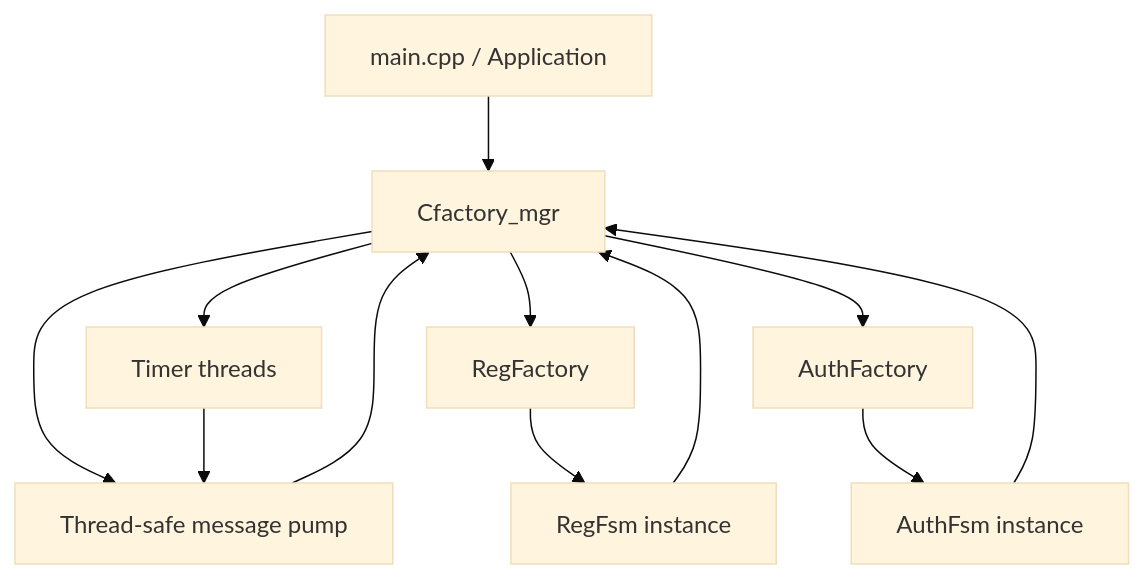
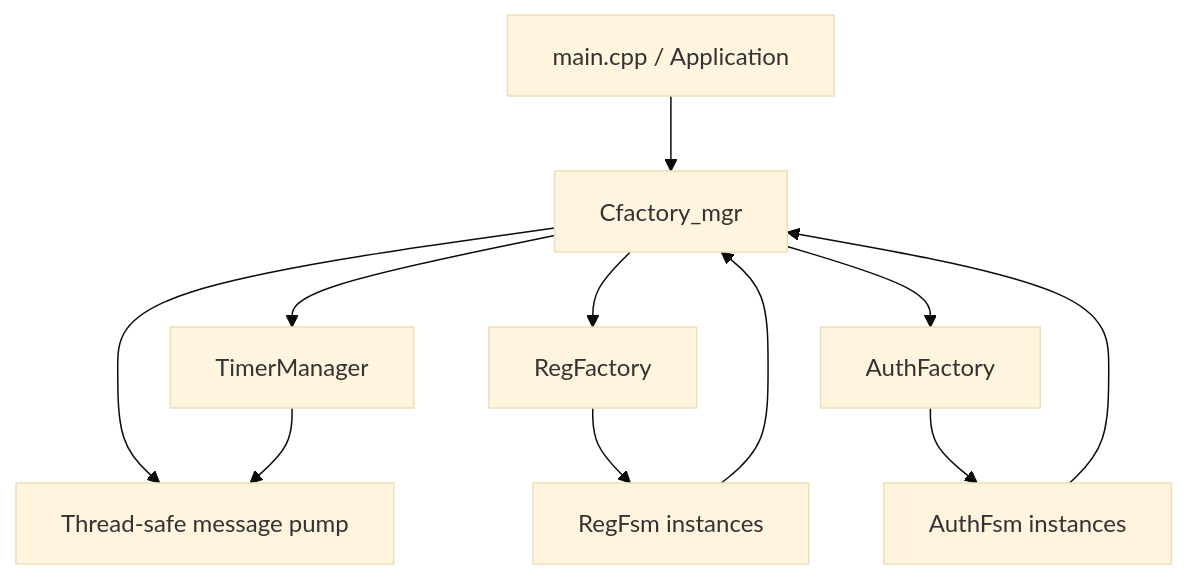
Before and after one commit to uefva/FsmFramework: the first of 4 diagrams in docs/design.md, drawn with Mermaid (base theme). The commit also changed other lines of this file and 3 other files, not shown here.

````diff
--- a/docs/design.md
+++ b/docs/design.md
@@ -404,17 +234,13 @@
 ```mermaid
 flowchart TD
     App["main.cpp / Application"] --> Mgr["Cfactory_mgr"]
-
     Mgr --> Pump["Thread-safe message pump"]
-    Mgr --> Timer["Timer threads"]
+    Mgr --> Timer["TimerManager"]
     Mgr --> RegFac["RegFactory"]
     Mgr --> AuthFac["AuthFactory"]
-
-    RegFac --> RegFsm1["RegFsm instance"]
-    AuthFac --> AuthFsm1["AuthFsm instance"]
-
-    RegFsm1 --> Mgr
-    AuthFsm1 --> Mgr
+    RegFac --> RegFsm["RegFsm instances"]
+    AuthFac --> AuthFsm["AuthFsm instances"]
+    RegFsm --> Mgr
+    AuthFsm --> Mgr
     Timer --> Pump
-    Pump --> Mgr
 ```
````
